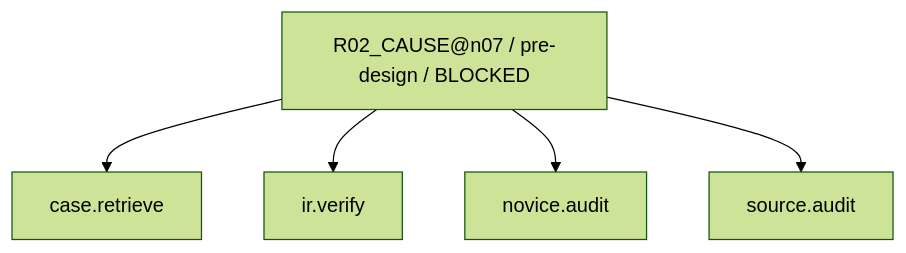
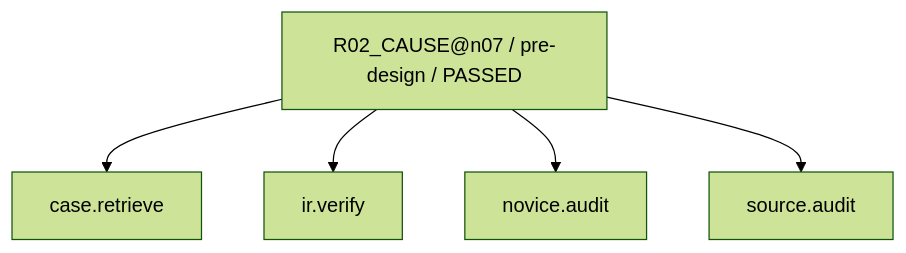
The second of 14 diagrams in work/items/W-MATH-032-n07-semantic-repair/generated/CAPABILITY_FIRE_DIAGRAM.md (rrikunagasige-dot/kyotsu-step-web), drawn with Mermaid (forest theme) before and after one commit. The commit also changed other lines of this file and 469 other files, not shown here.

````diff
--- a/work/items/W-MATH-032-n07-semantic-repair/generated/CAPABILITY_FIRE_DIAGRAM.md
+++ b/work/items/W-MATH-032-n07-semantic-repair/generated/CAPABILITY_FIRE_DIAGRAM.md
@@ -24,12 +24,12 @@
 ```mermaid
 flowchart TD
-  N0["R02_CAUSE@n07 / pre-design / BLOCKED"]
+  N0["R02_CAUSE@n07 / pre-design / PASSED"]
   N1["case.retrieve"]
   N2["ir.verify"]
   N3["source.audit"]
   N4["novice.audit"]
   N0 --> N1
   N0 --> N2
   N0 --> N4
   N0 --> N3
 ```
````
